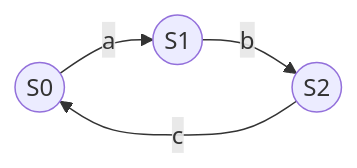
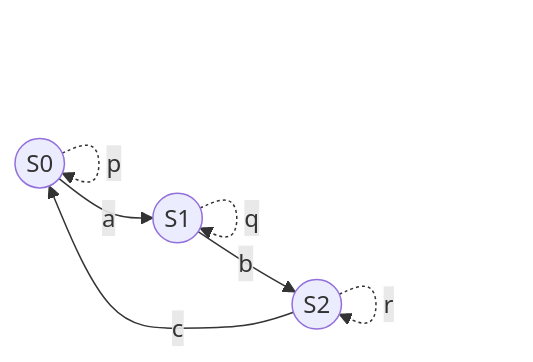
The third of 8 diagrams in analysis/1-形式化理论/1.3-时序逻辑与控制/1.3.6-图表与多表征.md (AdaMartin18010/Lean), drawn with Mermaid before and after one commit. The commit also changed other lines of this file and 57 other files, not shown here.

````diff
--- a/analysis/1-形式化理论/1.3-时序逻辑与控制/1.3.6-图表与多表征.md
+++ b/analysis/1-形式化理论/1.3-时序逻辑与控制/1.3.6-图表与多表征.md
@@ -30,6 +57,10 @@
 ```mermaid
 graph LR
   S0((S0)) -->|a| S1((S1))
   S1 -->|b| S2((S2))
   S2 -->|c| S0
+  
+  S0 -.->|p| S0
+  S1 -.->|q| S1
+  S2 -.->|r| S2
 ```
````
